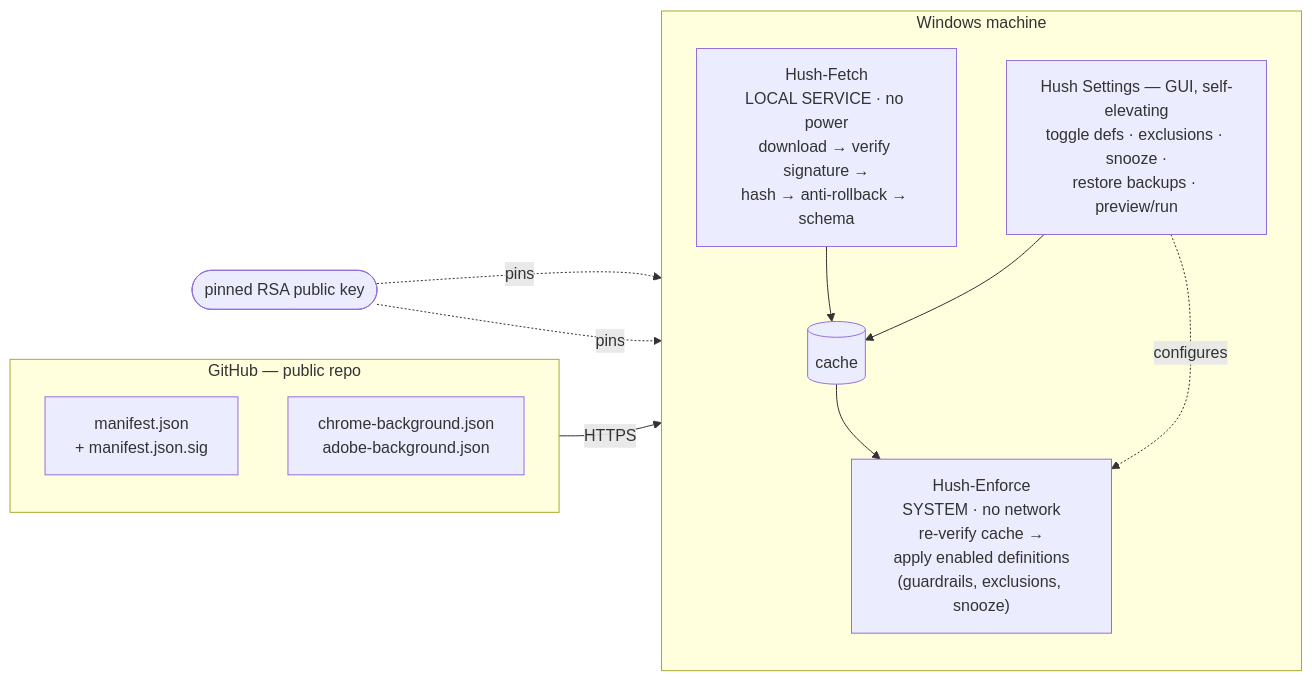
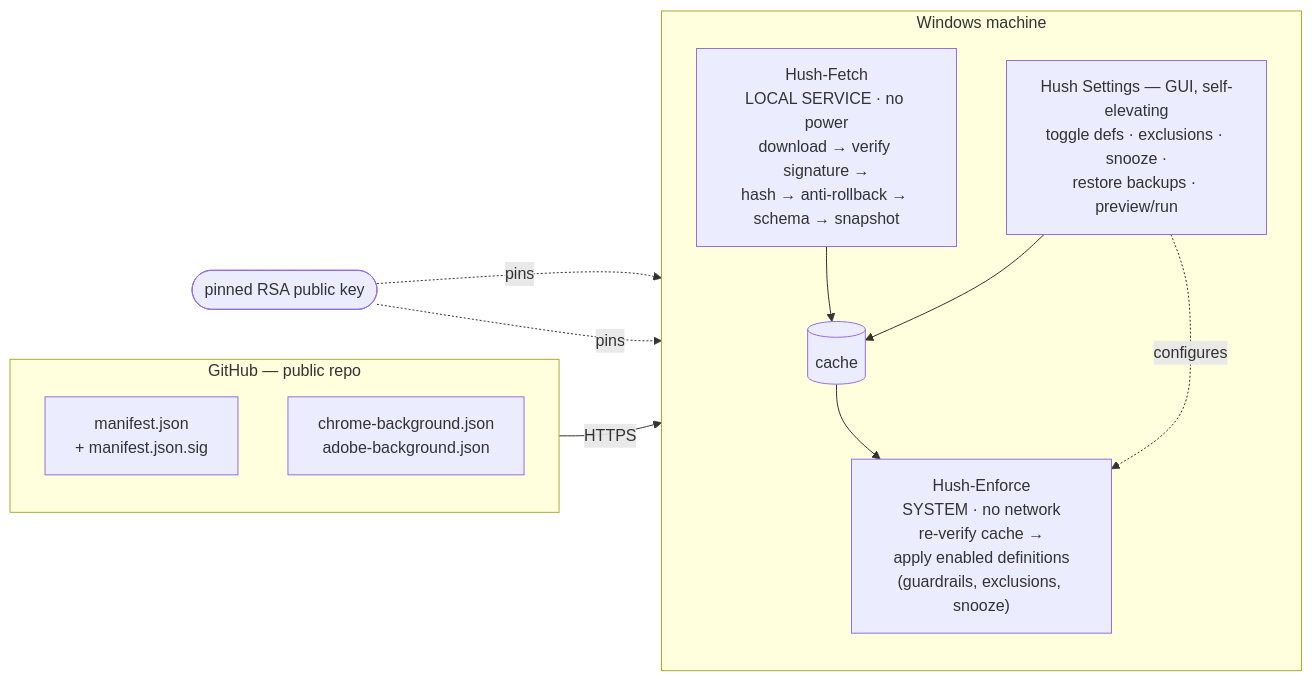
One commit to bardagi/Hush changed the diagram in README.md. Above: the diagram before and after it, drawn with Mermaid. The commit also changed other lines of this file and 14 other files, not shown here.

````diff
--- a/README.md
+++ b/README.md
@@ -48,26 +49,26 @@
 ```mermaid
 flowchart LR
     subgraph gh["GitHub — public repo"]
         direction TB
         manifest["manifest.json<br/>+ manifest.json.sig"]
         defs["chrome-background.json<br/>adobe-background.json"]
     end
 
     key(["pinned RSA public key"])
 
     subgraph win["Windows machine"]
         direction TB
-        fetch["Hush-Fetch<br/>LOCAL SERVICE · no power<br/>download → verify signature →<br/>hash → anti-rollback → schema"]
+        fetch["Hush-Fetch<br/>LOCAL SERVICE · no power<br/>download → verify signature →<br/>hash → anti-rollback → schema → snapshot"]
         cache[("cache")]
         enforce["Hush-Enforce<br/>SYSTEM · no network<br/>re-verify cache →<br/>apply enabled definitions<br/>(guardrails, exclusions, snooze)"]
         gui["Hush Settings — GUI, self-elevating<br/>toggle defs · exclusions · snooze ·<br/>restore backups · preview/run"]
     end
 
     gh -- HTTPS --> fetch
     fetch --> cache
     cache --> enforce
     key -. pins .-> fetch
     key -. pins .-> enforce
     gui --> cache
     gui -. configures .-> enforce
 ```
````
